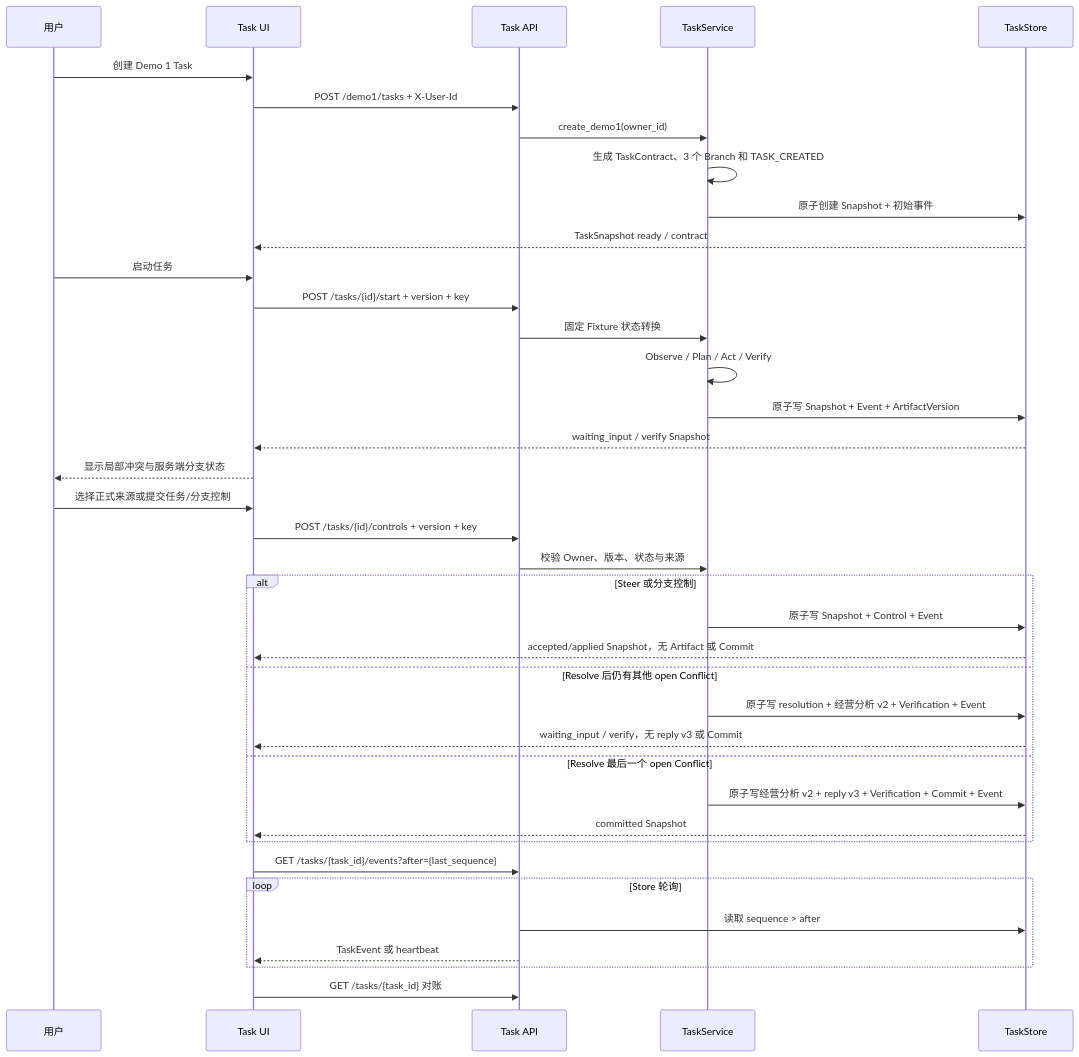
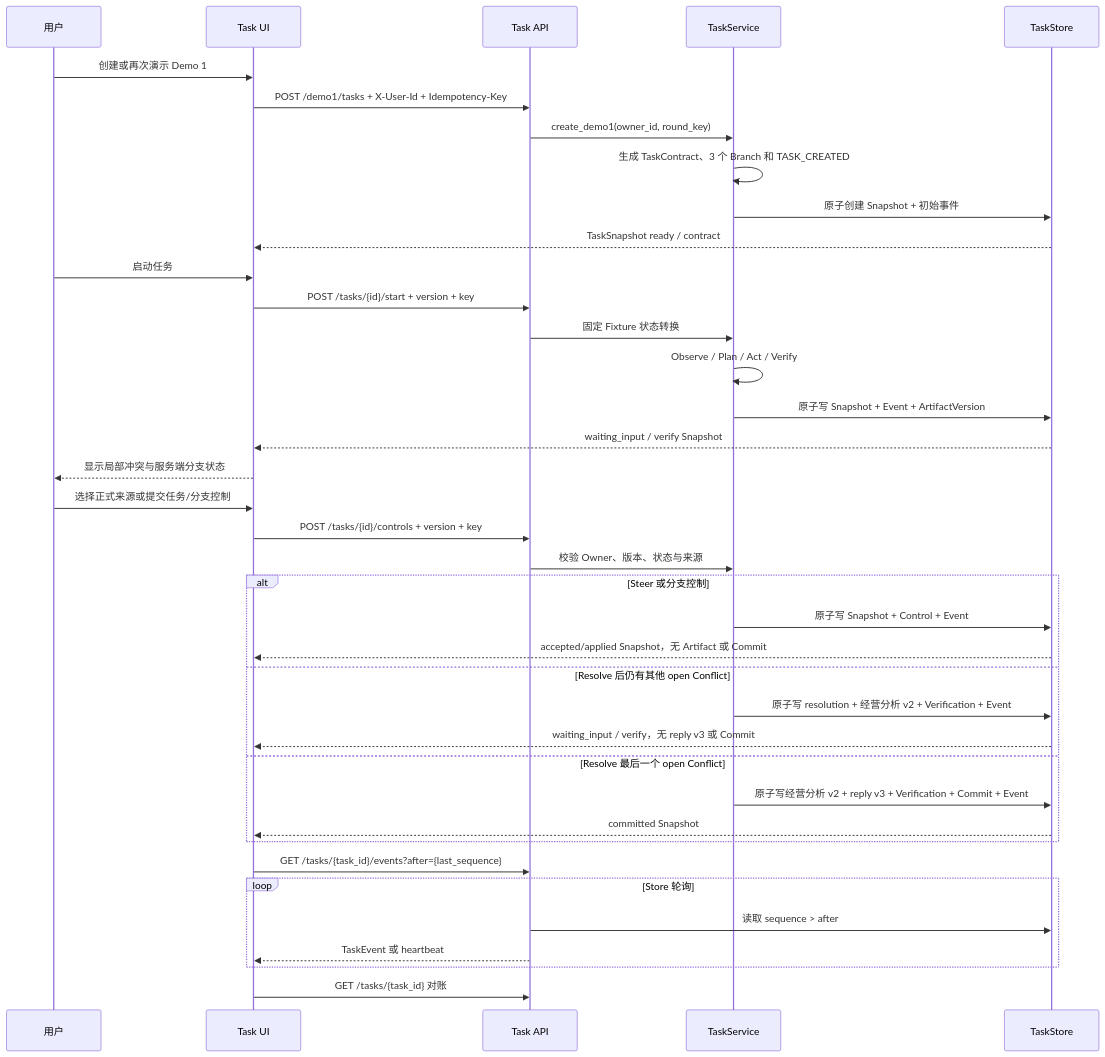
One commit to Dickey007s/lenovo_agent changed the fourth of 4 diagrams in docs/ARCHITECTURE.md. Above: the diagram before and after it, drawn with Mermaid. The commit also changed other lines of this file and 19 other files, not shown here.

````diff
--- a/docs/ARCHITECTURE.md
+++ b/docs/ARCHITECTURE.md
@@ -183,41 +183,41 @@
 ```mermaid
 sequenceDiagram
     participant U as 用户
     participant W as Task UI
     participant A as Task API
     participant S as TaskService
     participant D as TaskStore
 
-    U->>W: 创建 Demo 1 Task
-    W->>A: POST /demo1/tasks + X-User-Id
-    A->>S: create_demo1(owner_id)
+    U->>W: 创建或再次演示 Demo 1
+    W->>A: POST /demo1/tasks + X-User-Id + Idempotency-Key
+    A->>S: create_demo1(owner_id, round_key)
     S->>S: 生成 TaskContract、3 个 Branch 和 TASK_CREATED
     S->>D: 原子创建 Snapshot + 初始事件
     D-->>W: TaskSnapshot ready / contract
     U->>W: 启动任务
     W->>A: POST /tasks/{id}/start + version + key
     A->>S: 固定 Fixture 状态转换
     S->>S: Observe / Plan / Act / Verify
     S->>D: 原子写 Snapshot + Event + ArtifactVersion
     D-->>W: waiting_input / verify Snapshot
     W-->>U: 显示局部冲突与服务端分支状态
     U->>W: 选择正式来源或提交任务/分支控制
     W->>A: POST /tasks/{id}/controls + version + key
     A->>S: 校验 Owner、版本、状态与来源
     alt Steer 或分支控制
         S->>D: 原子写 Snapshot + Control + Event
         D-->>W: accepted/applied Snapshot，无 Artifact 或 Commit
     else Resolve 后仍有其他 open Conflict
         S->>D: 原子写 resolution + 经营分析 v2 + Verification + Event
         D-->>W: waiting_input / verify，无 reply v3 或 Commit
     else Resolve 最后一个 open Conflict
         S->>D: 原子写经营分析 v2 + reply v3 + Verification + Commit + Event
         D-->>W: committed Snapshot
     end
     W->>A: GET /tasks/{task_id}/events?after={last_sequence}
     loop Store 轮询
         A->>D: 读取 sequence > after
         A-->>W: TaskEvent 或 heartbeat
     end
     W->>A: GET /tasks/{task_id} 对账
 ```
````
